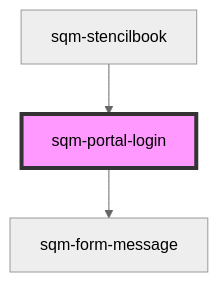
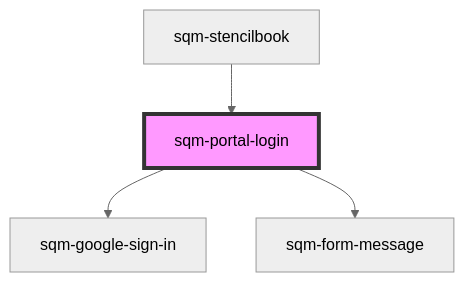
One commit to saasquatch/program-tools changed the diagram in packages/mint-components/src/components/sqm-portal-login/readme.md. Above: the diagram before and after it, drawn with Mermaid (neutral theme). The commit also changed other lines of this file and 15 other files, not shown here.

Commit message:
reuse main registration form code for google sign in flow

````diff
--- a/packages/mint-components/src/components/sqm-portal-login/readme.md
+++ b/packages/mint-components/src/components/sqm-portal-login/readme.md
@@ -36,6 +38,7 @@
 ```mermaid
 graph TD;
+  sqm-portal-login --> sqm-google-sign-in
   sqm-portal-login --> sqm-form-message
   sqm-stencilbook --> sqm-portal-login
   style sqm-portal-login fill:#f9f,stroke:#333,stroke-width:4px
 ```
````
